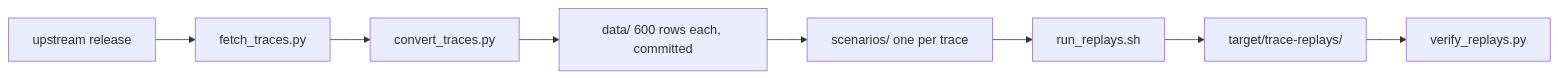
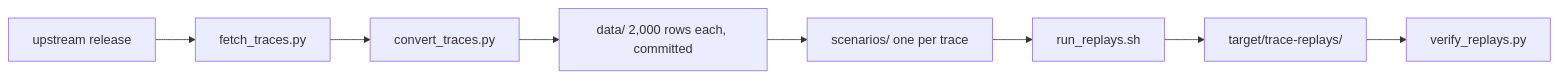
Before and after one commit to CharafeddineMechalikh/Docket: the diagram in examples/real-traces/README.md, drawn with Mermaid. The commit also changed other lines of this file and 76 other files, not shown here.

````diff
--- a/examples/real-traces/README.md
+++ b/examples/real-traces/README.md
@@ -16,10 +19,10 @@
 ```mermaid
 flowchart LR
   A[upstream release] --> B[fetch_traces.py]
   B --> C[convert_traces.py]
-  C --> D[data/ 600 rows each, committed]
+  C --> D[data/ 2,000 rows each, committed]
   D --> E[scenarios/ one per trace]
   E --> F[run_replays.sh]
   F --> G[target/trace-replays/]
   G --> H[verify_replays.py]
 ```
````
